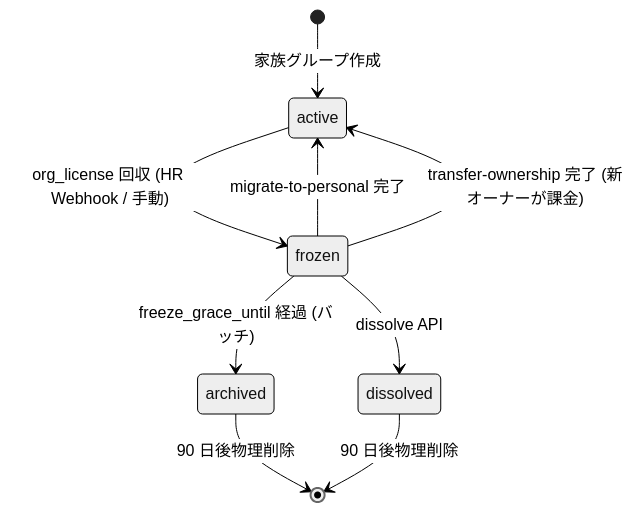
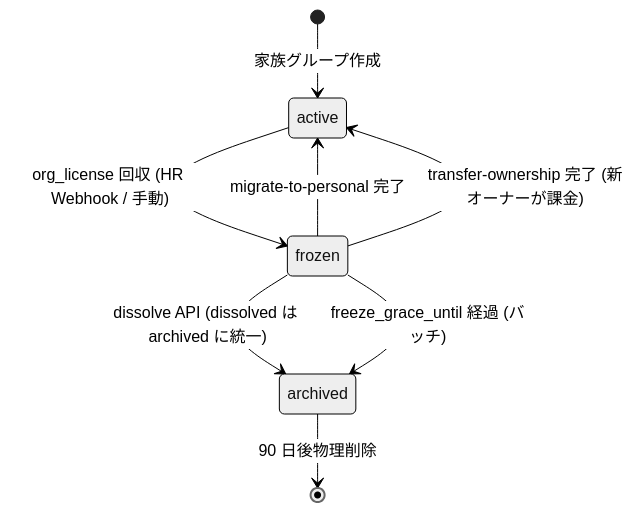
The second of 2 diagrams in docs/design/org/05-offboarding-flow.md (DaisukeHori/homegohan-app), drawn with Mermaid (neutral theme) before and after one commit. The commit also changed other lines of this file and 14 other files, not shown here.

````diff
--- a/docs/design/org/05-offboarding-flow.md
+++ b/docs/design/org/05-offboarding-flow.md
@@ -408,11 +408,10 @@
 ```mermaid
 stateDiagram-v2
   [*] --> active: 家族グループ作成
   active --> frozen: org_license 回収 (HR Webhook / 手動)
   frozen --> active: migrate-to-personal 完了
   frozen --> active: transfer-ownership 完了 (新オーナーが課金)
-  frozen --> dissolved: dissolve API
+  frozen --> archived: dissolve API (dissolved は archived に統一)
   frozen --> archived: freeze_grace_until 経過 (バッチ)
   archived --> [*]: 90 日後物理削除
-  dissolved --> [*]: 90 日後物理削除
 ```
````
